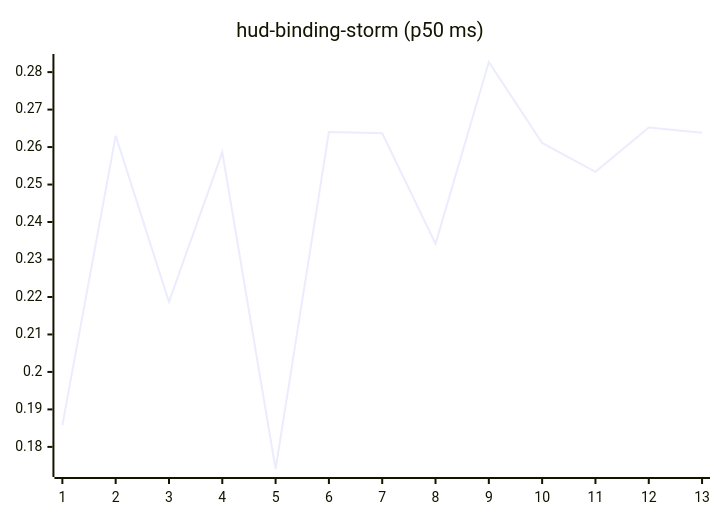
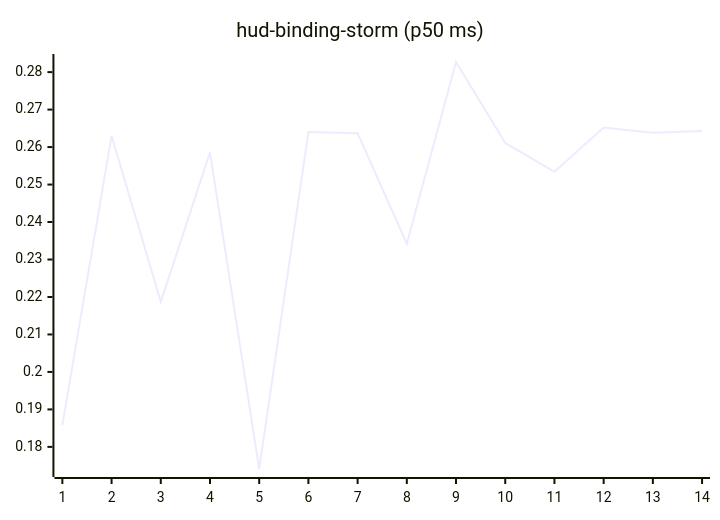
The tenth of 27 diagrams in README.md (josha/Facet), drawn with Mermaid before and after one commit. The commit also changed other lines of this file and 2 other files, not shown here.

````diff
--- a/README.md
+++ b/README.md
@@ -126,6 +126,6 @@
 ```mermaid
 xychart-beta
     title "hud-binding-storm (p50 ms)"
-    x-axis 1 --> 13
-    line [0.1858, 0.2630, 0.2187, 0.2586, 0.1741, 0.2640, 0.2637, 0.2342, 0.2827, 0.2611, 0.2534, 0.2652, 0.2638]
+    x-axis 1 --> 14
+    line [0.1858, 0.2630, 0.2187, 0.2586, 0.1741, 0.2640, 0.2637, 0.2342, 0.2827, 0.2611, 0.2534, 0.2652, 0.2638, 0.2643]
 ```
````
